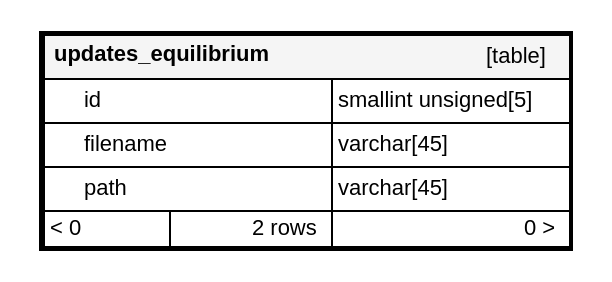
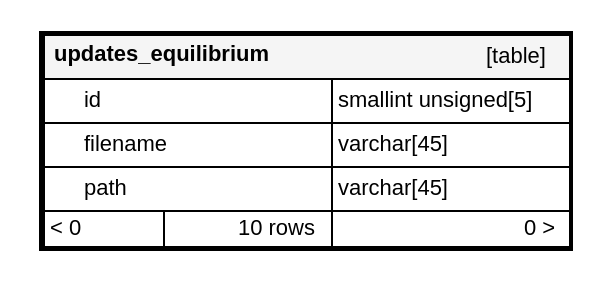
The diagram in diagrams/orphans/updates_equilibrium.1degree.dot (FAForever/db), drawn with Graphviz before and after one commit. The commit also changed 434 other files, not shown here.

```diff
--- a/diagrams/orphans/updates_equilibrium.1degree.dot
+++ b/diagrams/orphans/updates_equilibrium.1degree.dot
@@ -1,32 +1,32 @@
 digraph "updates_equilibrium" {
   graph [
     rankdir="RL"
     bgcolor="#ffffff"
     nodesep="0.18"
     ranksep="0.46"
     fontname="Helvetica"
     fontsize="11"
     ration="compress"
   ];
   node [
     fontname="Helvetica"
     fontsize="11"
     shape="plaintext"
   ];
   edge [
     arrowsize="0.8"
   ];
   "updates_equilibrium" [
    label=<
     <TABLE BORDER="2" CELLBORDER="1" CELLSPACING="0" BGCOLOR="#ffffff">
       <TR><TD COLSPAN="4"  BGCOLOR="#f5f5f5"><TABLE BORDER="0" CELLSPACING="0"><TR><TD ALIGN="LEFT"><B>updates_equilibrium</B></TD><TD ALIGN="RIGHT">[table]</TD></TR></TABLE></TD></TR>
       <TR><TD PORT="id" COLSPAN="2" BGCOLOR="#ffffff" ALIGN="LEFT"><TABLE BORDER="0" CELLSPACING="0" ALIGN="LEFT"><TR ALIGN="LEFT"><TD ALIGN="LEFT" FIXEDSIZE="TRUE" WIDTH="15" HEIGHT="16"></TD><TD ALIGN="LEFT" FIXEDSIZE="TRUE" WIDTH="123" HEIGHT="16">id</TD></TR></TABLE></TD><TD PORT="id.type" ALIGN="LEFT">smallint unsigned[5]</TD></TR>
       <TR><TD PORT="filename" COLSPAN="2" ALIGN="LEFT"><TABLE BORDER="0" CELLSPACING="0" ALIGN="LEFT"><TR ALIGN="LEFT"><TD ALIGN="LEFT" FIXEDSIZE="TRUE" WIDTH="15" HEIGHT="16"></TD><TD ALIGN="LEFT" FIXEDSIZE="TRUE" WIDTH="123" HEIGHT="16">filename</TD></TR></TABLE></TD><TD PORT="filename.type" ALIGN="LEFT">varchar[45]</TD></TR>
       <TR><TD PORT="path" COLSPAN="2" ALIGN="LEFT"><TABLE BORDER="0" CELLSPACING="0" ALIGN="LEFT"><TR ALIGN="LEFT"><TD ALIGN="LEFT" FIXEDSIZE="TRUE" WIDTH="15" HEIGHT="16"></TD><TD ALIGN="LEFT" FIXEDSIZE="TRUE" WIDTH="123" HEIGHT="16">path</TD></TR></TABLE></TD><TD PORT="path.type" ALIGN="LEFT">varchar[45]</TD></TR>
-      <TR><TD ALIGN="LEFT" BGCOLOR="#ffffff">&lt; 0</TD><TD ALIGN="RIGHT" BGCOLOR="#ffffff">2 rows</TD><TD ALIGN="RIGHT" BGCOLOR="#ffffff">0 &gt;</TD></TR>
+      <TR><TD ALIGN="LEFT" BGCOLOR="#ffffff">&lt; 0</TD><TD ALIGN="RIGHT" BGCOLOR="#ffffff">10 rows</TD><TD ALIGN="RIGHT" BGCOLOR="#ffffff">0 &gt;</TD></TR>
     </TABLE>>
     URL="tables/updates_equilibrium.html"
     target="_top"
     tooltip="updates_equilibrium"
   ];
 }
```
